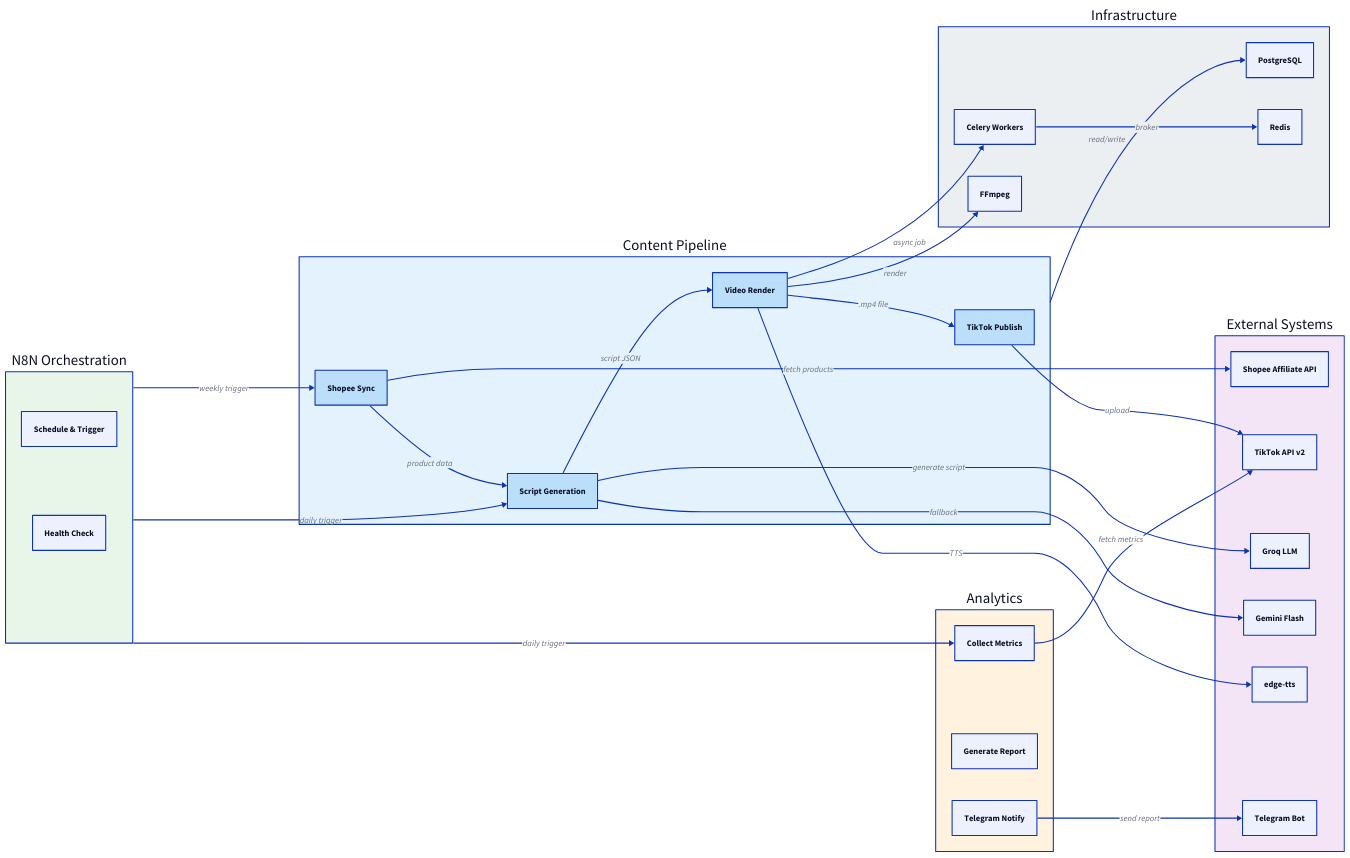
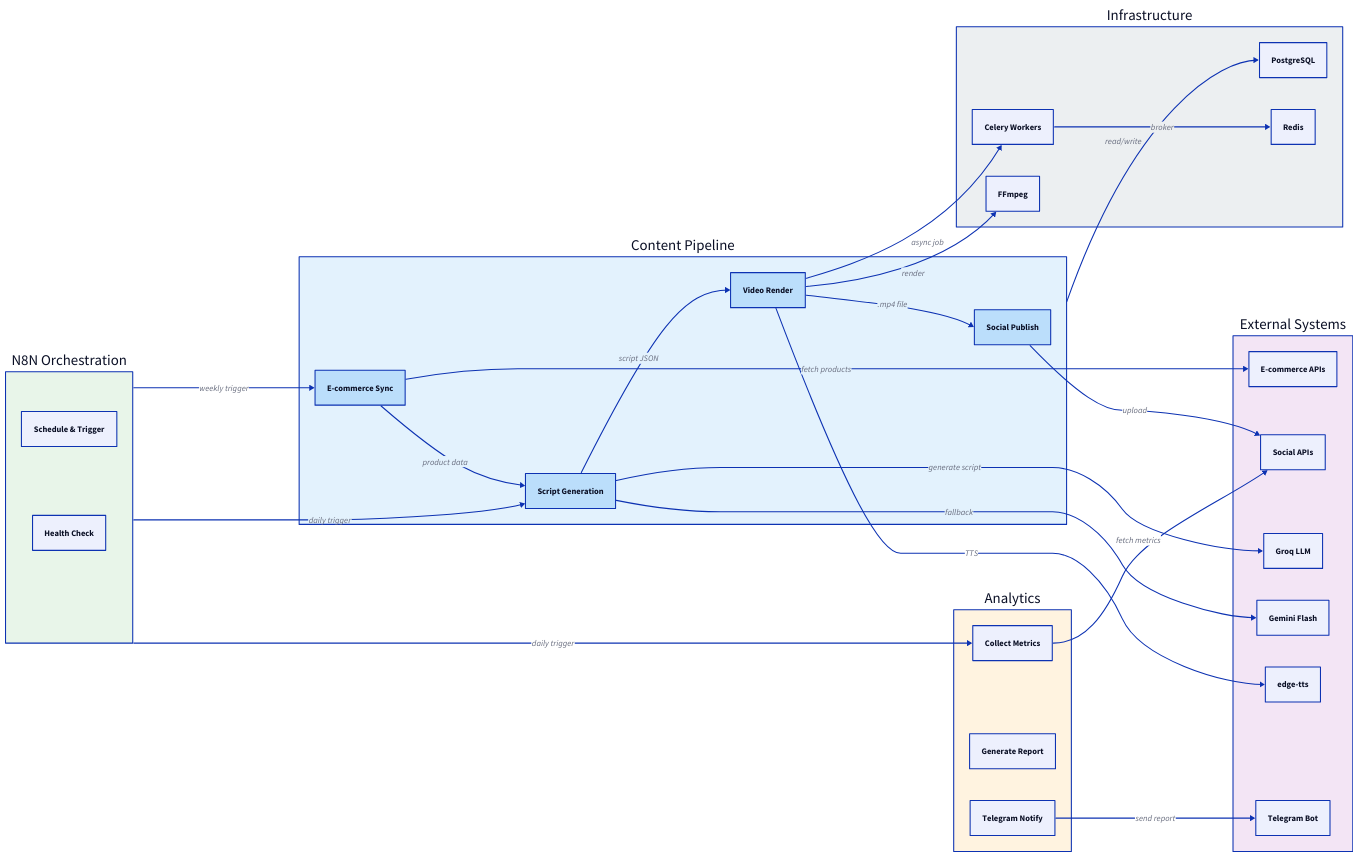
The diagram in docs/specs/requirements/capability-landscape.d2 (chungkhoantony1983/tt-affiliate), drawn with D2 before and after one commit. The commit also changed 67 other files, not shown here.

Commit message:
feat: add index.html, update policy pages, and sync architecture & backend implementation

```diff
--- a/docs/specs/requirements/capability-landscape.d2
+++ b/docs/specs/requirements/capability-landscape.d2
@@ -1,81 +1,81 @@
 # Capability Landscape — TikTok Affiliate Automation
 #
 # Render: d2 format (https://d2lang.com)
 # View with: d2 capability-landscape.d2 capability-landscape.svg
 
 direction: right
 
 orchestration: "N8N Orchestration" {
   style.fill: "#E8F5E9"
   trigger: "Schedule & Trigger"
   monitor: "Health Check"
 }
 
 content-pipeline: "Content Pipeline" {
   style.fill: "#E3F2FD"
 
-  shopee-sync: "Shopee Sync" {
+  ecommerce-sync: "E-commerce Sync" {
     shape: rectangle
     style.fill: "#BBDEFB"
   }
   script-gen: "Script Generation" {
     shape: rectangle
     style.fill: "#BBDEFB"
   }
   video-render: "Video Render" {
     shape: rectangle
     style.fill: "#BBDEFB"
   }
-  tiktok-publish: "TikTok Publish" {
+  social-publish: "Social Publish" {
     shape: rectangle
     style.fill: "#BBDEFB"
   }
 
-  shopee-sync -> script-gen: "product data"
+  ecommerce-sync -> script-gen: "product data"
   script-gen -> video-render: "script JSON"
-  video-render -> tiktok-publish: ".mp4 file"
+  video-render -> social-publish: ".mp4 file"
 }
 
 analytics: "Analytics" {
   style.fill: "#FFF3E0"
   collect: "Collect Metrics"
   report: "Generate Report"
   notify: "Telegram Notify"
 }
 
 external: "External Systems" {
   style.fill: "#F3E5F5"
-  shopee-api: "Shopee Affiliate API"
-  tiktok-api: "TikTok API v2"
+  ecommerce-api: "E-commerce APIs"
+  social-api: "Social APIs"
   groq: "Groq LLM"
   gemini: "Gemini Flash"
   edge-tts: "edge-tts"
   telegram: "Telegram Bot"
 }
 
 infra: "Infrastructure" {
   style.fill: "#ECEFF1"
   postgres: "PostgreSQL"
   redis: "Redis"
   celery: "Celery Workers"
   ffmpeg: "FFmpeg"
 }
 
 # Connections
-orchestration -> content-pipeline.shopee-sync: "weekly trigger"
+orchestration -> content-pipeline.ecommerce-sync: "weekly trigger"
 orchestration -> content-pipeline.script-gen: "daily trigger"
 orchestration -> analytics.collect: "daily trigger"
 
-content-pipeline.shopee-sync -> external.shopee-api: "fetch products"
+content-pipeline.ecommerce-sync -> external.ecommerce-api: "fetch products"
 content-pipeline.script-gen -> external.groq: "generate script"
 content-pipeline.script-gen -> external.gemini: "fallback"
 content-pipeline.video-render -> external.edge-tts: "TTS"
 content-pipeline.video-render -> infra.ffmpeg: "render"
 content-pipeline.video-render -> infra.celery: "async job"
-content-pipeline.tiktok-publish -> external.tiktok-api: "upload"
+content-pipeline.social-publish -> external.social-api: "upload"
 
-analytics.collect -> external.tiktok-api: "fetch metrics"
+analytics.collect -> external.social-api: "fetch metrics"
 analytics.notify -> external.telegram: "send report"
 
 infra.celery -> infra.redis: "broker"
 content-pipeline -> infra.postgres: "read/write"
```
